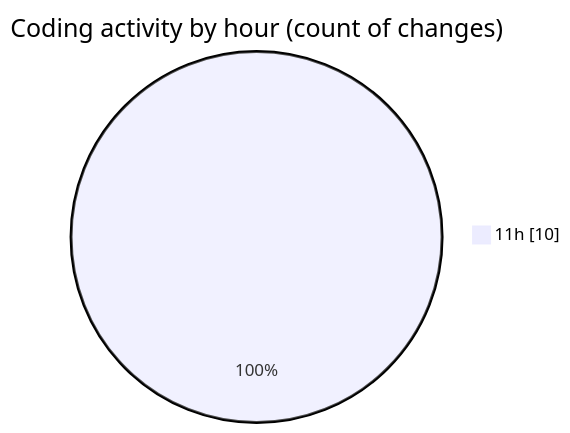
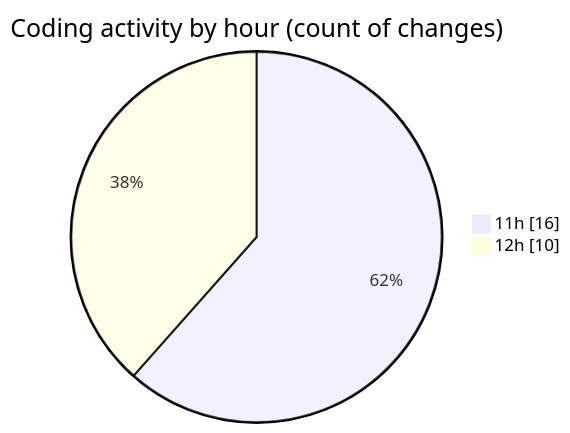
One commit to Elitesun/code-tracking changed the second of 2 diagrams in 2025-04-26/product-page/README.md. Above: the diagram before and after it, drawn with Mermaid. The commit also changed other lines of this file and 1 other file, not shown here.

````diff
--- a/2025-04-26/product-page/README.md
+++ b/2025-04-26/product-page/README.md
@@ -33,5 +41,6 @@
 ```mermaid
 pie showData
 title Coding activity by hour (count of changes)
-"11h" : 10
+"11h" : 16
+"12h" : 10
 ```
````
